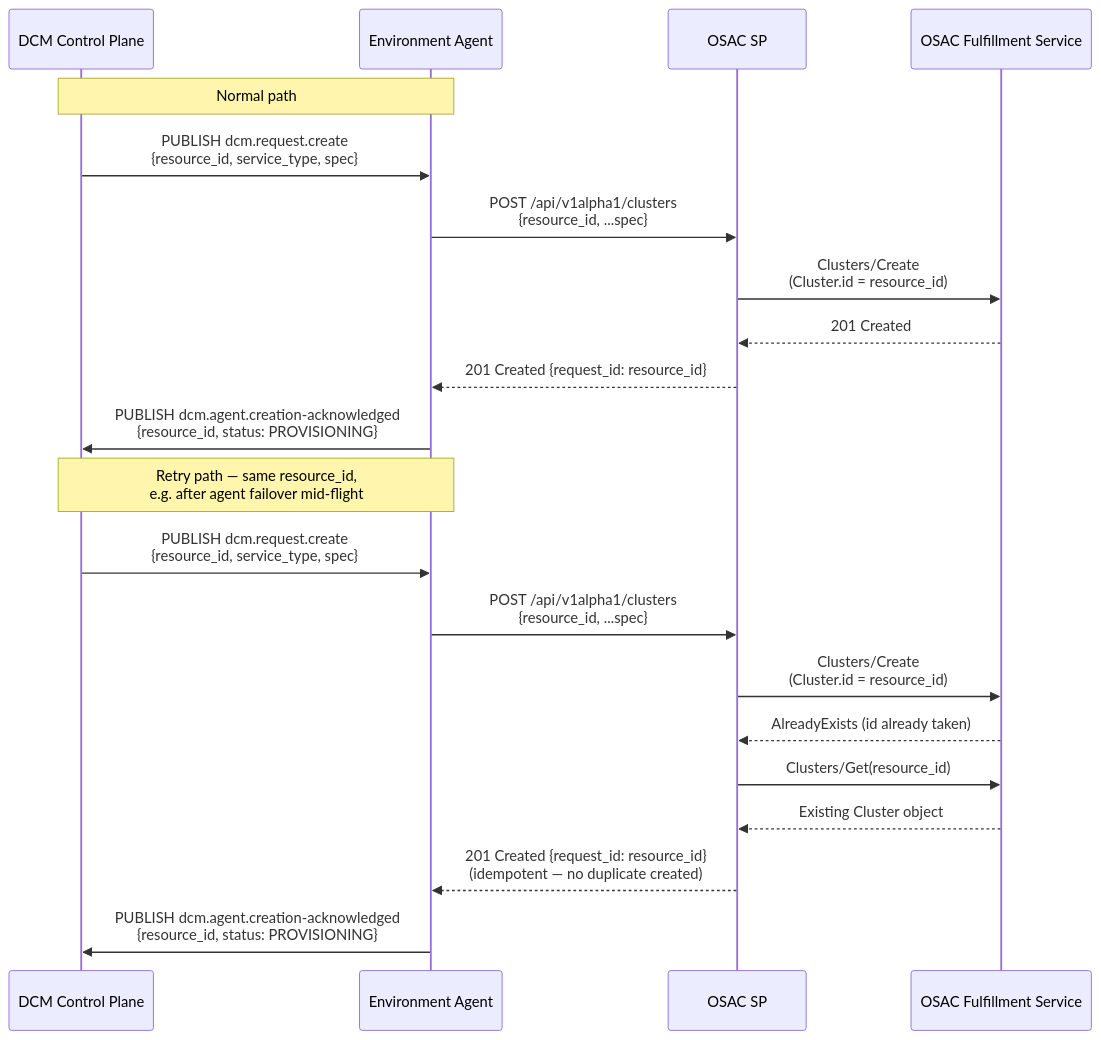
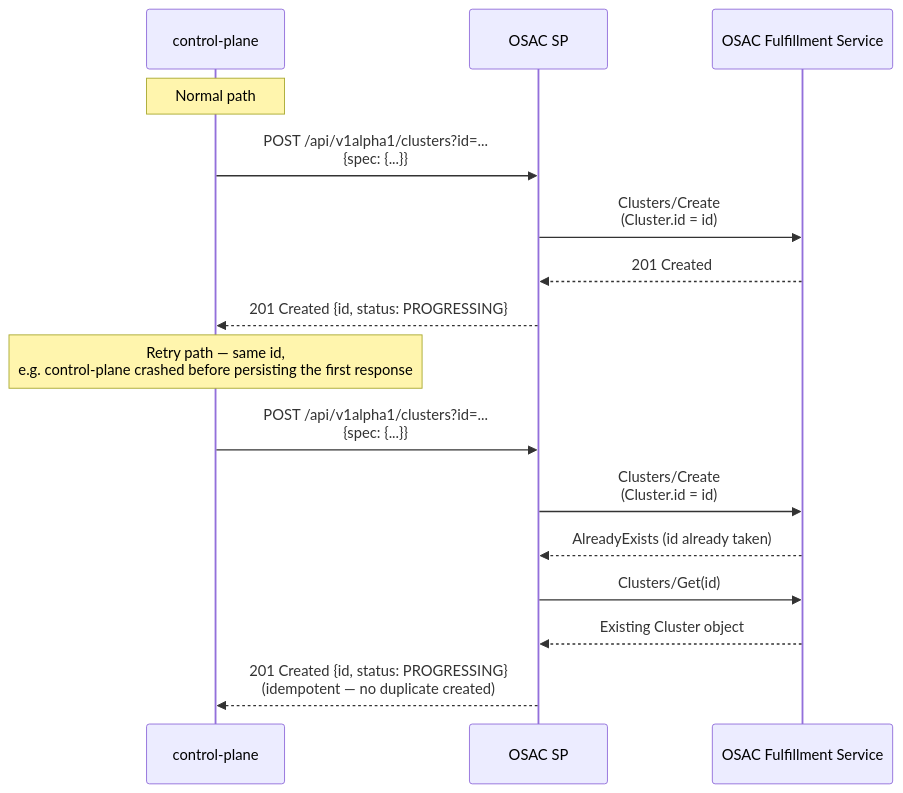
One commit to dcm-project/enhancements changed the ninth of 10 diagrams in enhancements/osac-sp/osac-sp.md. Above: the diagram before and after it, drawn with Mermaid. The commit also changed other lines of this file, not shown here.

First line of the commit message:
osac-sp: two-phase delivery — control-plane (phase 1), environment-agent deferred (phase 2) (#96)

````diff
--- a/enhancements/osac-sp/osac-sp.md
+++ b/enhancements/osac-sp/osac-sp.md
@@ -942,25 +1153,20 @@
 ```mermaid
 sequenceDiagram
-    participant DCM as DCM Control Plane
-    participant AG as Environment Agent
+    participant CP as control-plane
     participant SP as OSAC SP
     participant FS as OSAC Fulfillment Service
 
-    Note over DCM,AG: Normal path
-    DCM->>AG: PUBLISH dcm.request.create<br/>{resource_id, service_type, spec}
-    AG->>SP: POST /api/v1alpha1/clusters<br/>{resource_id, ...spec}
-    SP->>FS: Clusters/Create<br/>(Cluster.id = resource_id)
+    Note over CP: Normal path
+    CP->>SP: POST /api/v1alpha1/clusters?id=...<br/>{spec: {...}}
+    SP->>FS: Clusters/Create<br/>(Cluster.id = id)
     FS-->>SP: 201 Created
-    SP-->>AG: 201 Created {request_id: resource_id}
-    AG->>DCM: PUBLISH dcm.agent.creation-acknowledged<br/>{resource_id, status: PROVISIONING}
+    SP-->>CP: 201 Created {id, status: PROGRESSING}
 
-    Note over DCM,AG: Retry path — same resource_id,<br/>e.g. after agent failover mid-flight
-    DCM->>AG: PUBLISH dcm.request.create<br/>{resource_id, service_type, spec}
-    AG->>SP: POST /api/v1alpha1/clusters<br/>{resource_id, ...spec}
-    SP->>FS: Clusters/Create<br/>(Cluster.id = resource_id)
+    Note over CP: Retry path — same id,<br/>e.g. control-plane crashed before persisting the first response
+    CP->>SP: POST /api/v1alpha1/clusters?id=...<br/>{spec: {...}}
+    SP->>FS: Clusters/Create<br/>(Cluster.id = id)
     FS-->>SP: AlreadyExists (id already taken)
-    SP->>FS: Clusters/Get(resource_id)
+    SP->>FS: Clusters/Get(id)
     FS-->>SP: Existing Cluster object
-    SP-->>AG: 201 Created {request_id: resource_id}<br/>(idempotent — no duplicate created)
-    AG->>DCM: PUBLISH dcm.agent.creation-acknowledged<br/>{resource_id, status: PROVISIONING}
+    SP-->>CP: 201 Created {id, status: PROGRESSING}<br/>(idempotent — no duplicate created)
 ```
````
